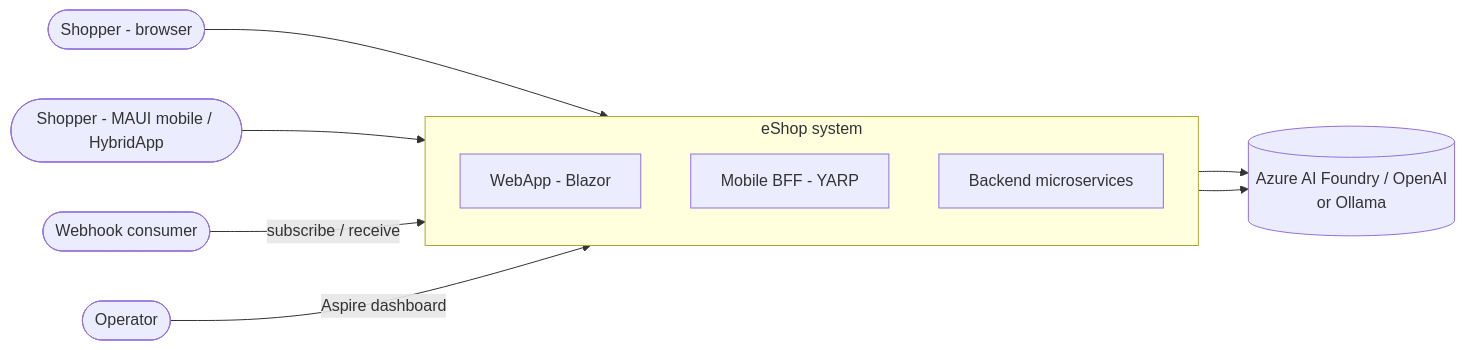
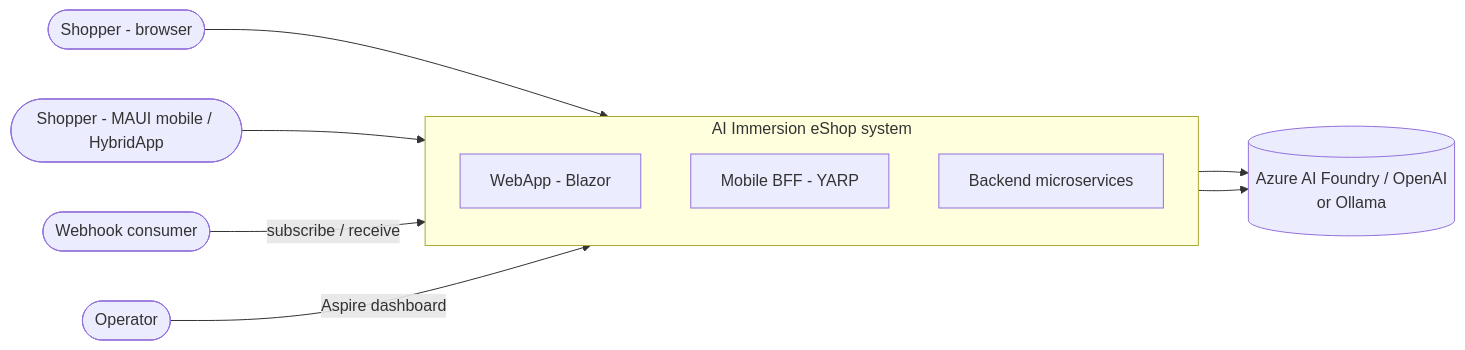
Before and after one commit to dotnet/eShop: the first of 2 diagrams in docs/architecture/README.md, drawn with Mermaid. The commit also changed other lines of this file and 6 other files, not shown here.

````diff
--- a/docs/architecture/README.md
+++ b/docs/architecture/README.md
@@ -17,22 +17,22 @@
 ```mermaid
 flowchart LR
     shopper([Shopper - browser])
     mobile([Shopper - MAUI mobile / HybridApp])
     partner([Webhook consumer])
     admin([Operator])
     ai[(Azure AI Foundry / OpenAI<br/>or Ollama)]
 
-    subgraph eShop[eShop system]
+    subgraph eShop[AI Immersion eShop system]
         direction TB
         web[WebApp - Blazor]
         bff[Mobile BFF - YARP]
         services[Backend microservices]
     end
 
     shopper --> web
     mobile --> bff
     partner -->|subscribe / receive| services
     admin -->|Aspire dashboard| eShop
     web --> ai
     services --> ai
 ```
````
